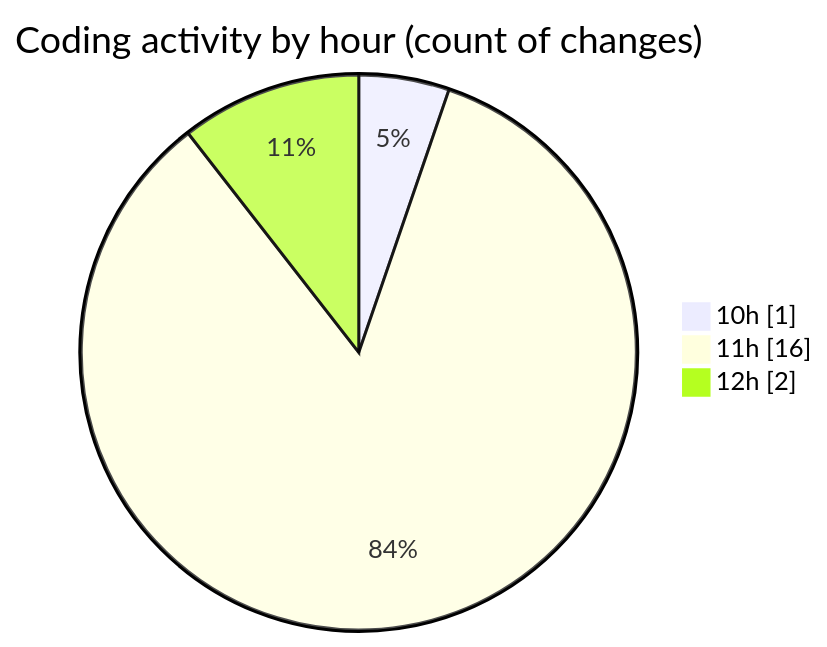
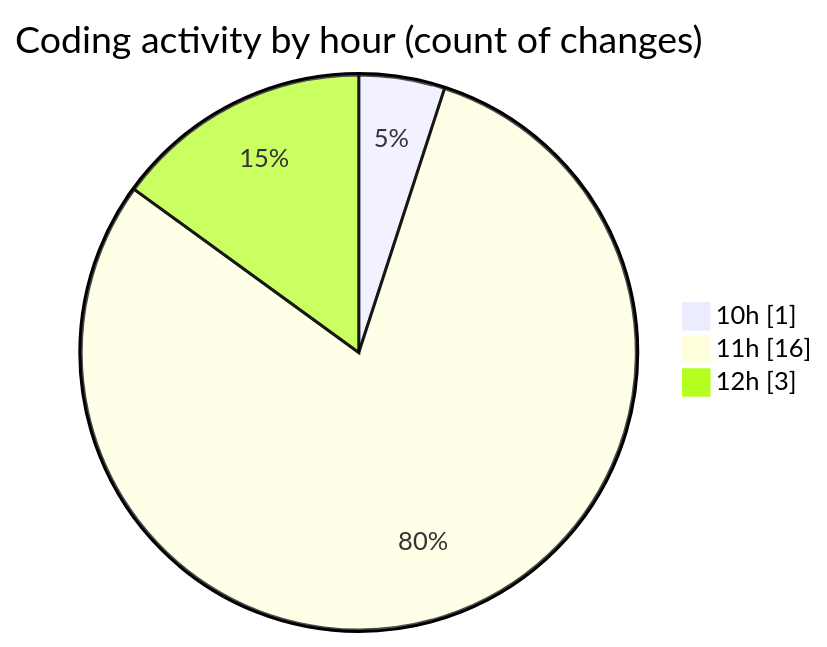
The second of 2 diagrams in 2025-11-03/eventscop-frontend-guide__workspace_/README.md (julien-gomy/code-tracking), drawn with Mermaid before and after one commit. The commit also changed other lines of this file and 1 other file, not shown here.

````diff
--- a/2025-11-03/eventscop-frontend-guide__workspace_/README.md
+++ b/2025-11-03/eventscop-frontend-guide__workspace_/README.md
@@ -32,7 +33,7 @@
 ```mermaid
 pie showData
 title Coding activity by hour (count of changes)
 "10h" : 1
 "11h" : 16
-"12h" : 2
+"12h" : 3
 ```
````
